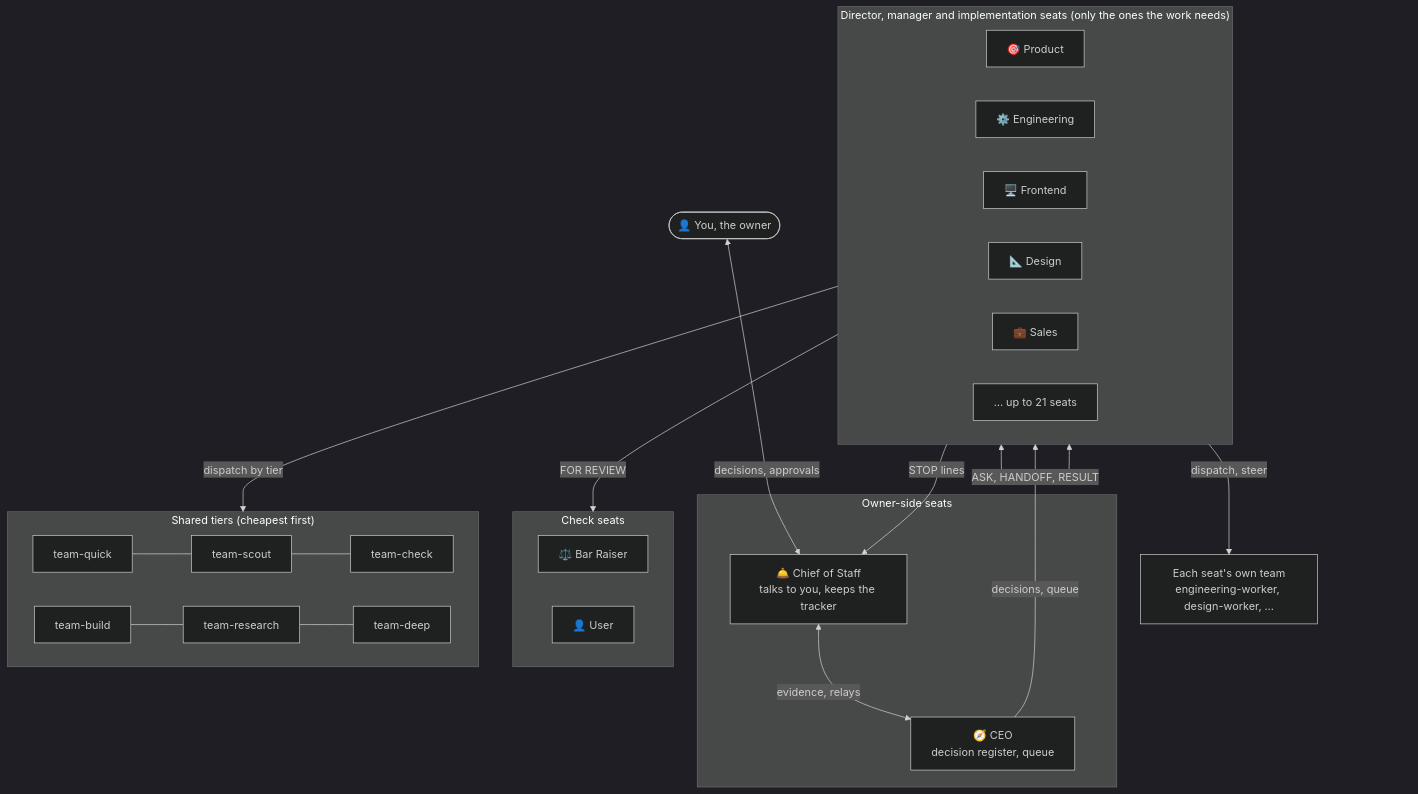
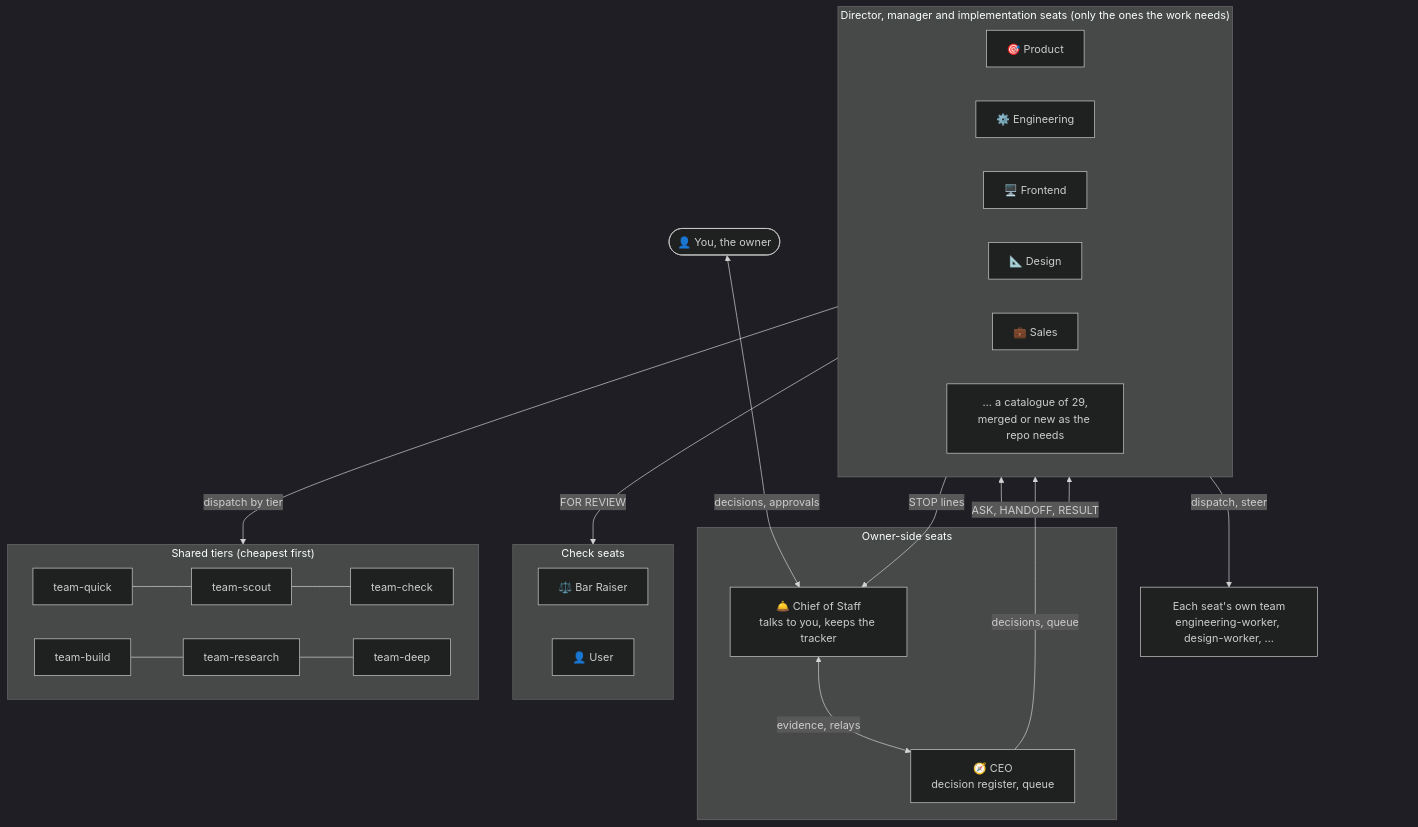
The first of 10 diagrams in docs/orchestration-diagrams.md (fauzulkc/agent-team), drawn with Mermaid (dark theme) before and after one commit. The commit also changed other lines of this file and 15 other files, not shown here.

````diff
--- a/docs/orchestration-diagrams.md
+++ b/docs/orchestration-diagrams.md
@@ -16,34 +20,34 @@
 ```mermaid
 flowchart TB
     owner(["👤 You, the owner"])
     subgraph owner_side["Owner-side seats"]
         cos["🛎️ Chief of Staff<br/>talks to you, keeps the tracker"]
         ceo["🧭 CEO<br/>decision register, queue"]
     end
     subgraph directors["Director, manager and implementation seats (only the ones the work needs)"]
         product["🎯 Product"]
         eng["⚙️ Engineering"]
         fe["🖥️ Frontend"]
         design["📐 Design"]
         sales["💼 Sales"]
-        more["… up to 21 seats"]
+        more["… a catalogue of 29,<br/>merged or new as the repo needs"]
     end
     subgraph checks["Check seats"]
         br["⚖️ Bar Raiser"]
         user["👤 User"]
     end
     subgraph tiers["Shared tiers (cheapest first)"]
         quick["team-quick"] --- scout["team-scout"] --- check["team-check"]
         build["team-build"] --- research["team-research"] --- deep["team-deep"]
     end
     workers["Each seat's own team<br/>engineering-worker, design-worker, …"]
 
     owner <-->|"decisions, approvals"| cos
     cos <-->|"evidence, relays"| ceo
     ceo -->|"decisions, queue"| directors
     directors <-->|"ASK, HANDOFF, RESULT"| directors
     directors -->|"FOR REVIEW"| checks
     directors -->|"dispatch, steer"| workers
     directors -->|"dispatch by tier"| tiers
     directors -->|"STOP lines"| cos
 ```
````
